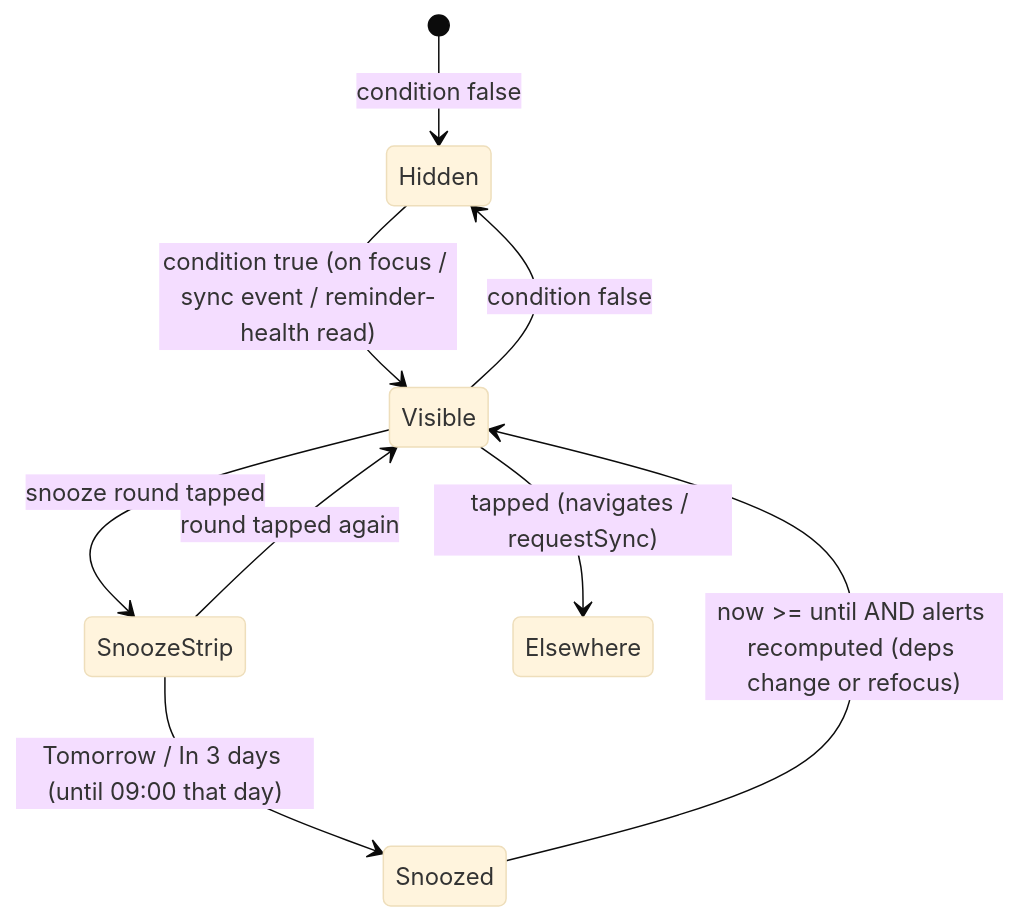
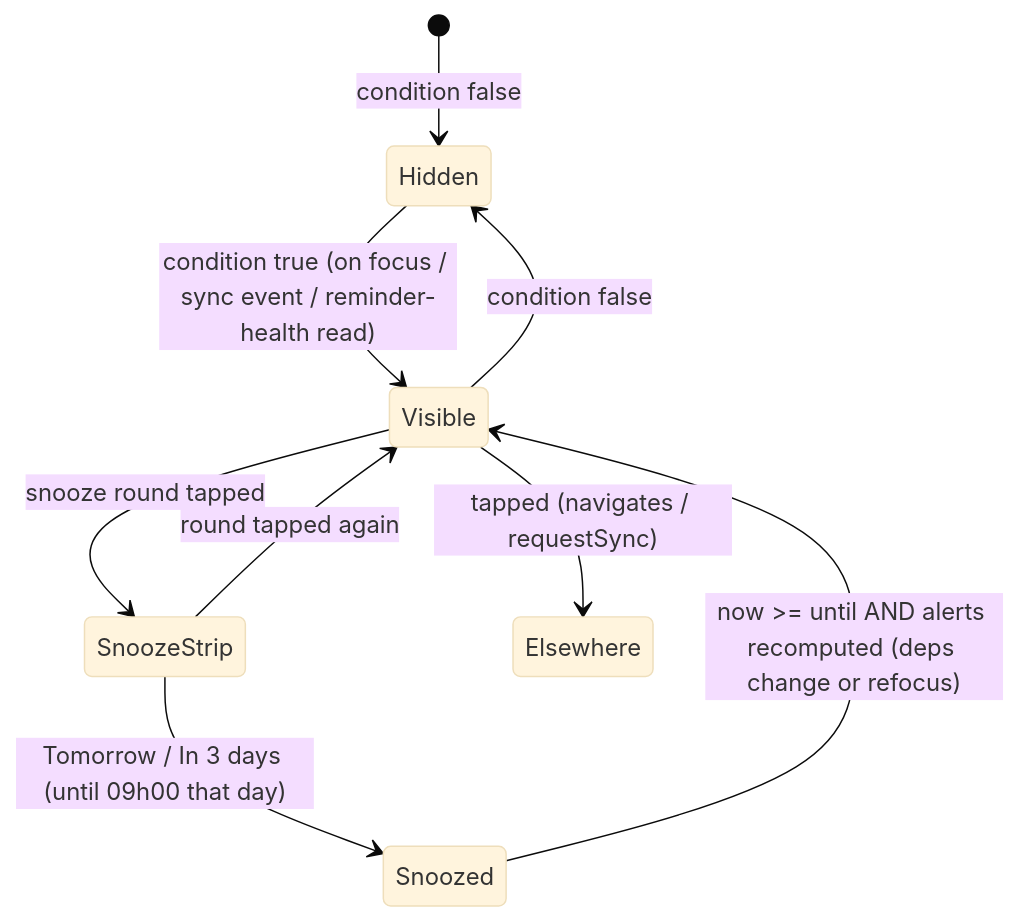
The sixth of 7 diagrams in docs/product/research/02-doses-today.md (evandroviskis/dosetrace), drawn with Mermaid (base theme) before and after one commit. The commit also changed other lines of this file and 28 other files, not shown here.

Commit message:
docs/product: verification round 1 corrections applied to PRD, TRD, dossiers, flows, registers and the Portuguese questions (21 OPEN, 54 AD, 65 DL, 218 DV); all 105 diagrams parse

````diff
--- a/docs/product/research/02-doses-today.md
+++ b/docs/product/research/02-doses-today.md
@@ -405,11 +417,11 @@
 ```mermaid
 stateDiagram-v2
     [*] --> Hidden: condition false
     Hidden --> Visible: condition true (on focus / sync event / reminder-health read)
     Visible --> SnoozeStrip: snooze round tapped
-    SnoozeStrip --> Snoozed: Tomorrow / In 3 days (until 09:00 that day)
+    SnoozeStrip --> Snoozed: Tomorrow / In 3 days (until 09h00 that day)
     SnoozeStrip --> Visible: round tapped again
     Snoozed --> Visible: now >= until AND alerts recomputed (deps change or refocus)
     Visible --> Hidden: condition false
     Visible --> Elsewhere: tapped (navigates / requestSync)
 ```
````
